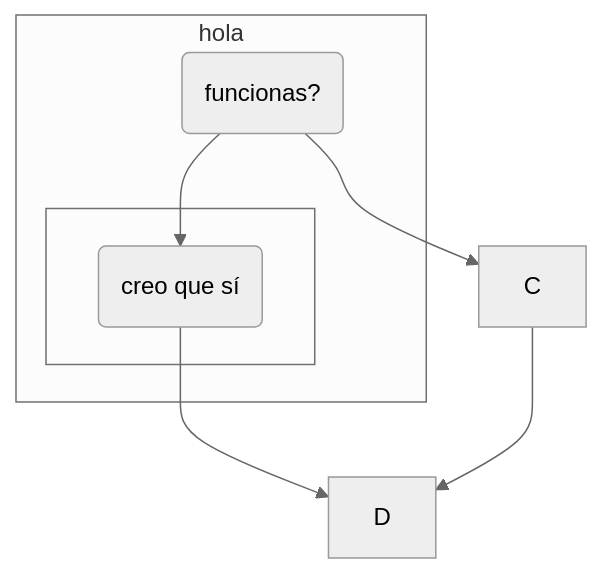
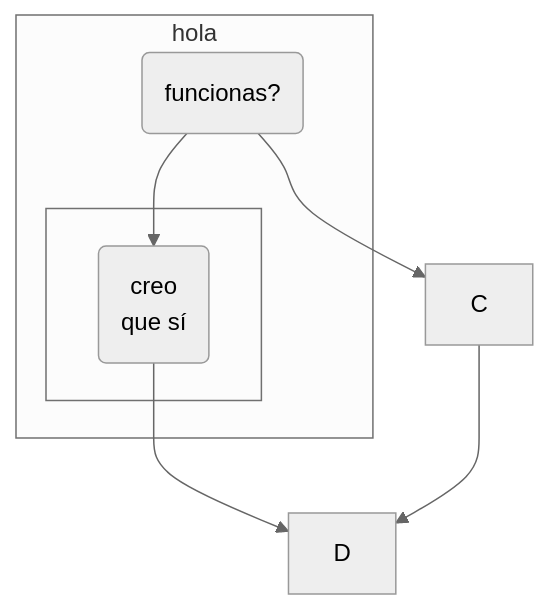
Before and after one commit to MiguelEstebanG/diagram: the diagram in README.md, drawn with Mermaid (neutral theme).

````diff
--- a/README.md
+++ b/README.md
@@ -3,19 +3,23 @@
 ```mermaid
 
 graph TD;
 
     A-->B;
     A-->C;
     B-->D;
     C-->D;
 
+    %%hola buenos días
     subgraph T[hola]
         A(funcionas?)
+
         subgraph G[ ]
-            B(creo que sí)
+            B(creo
+            que sí)
         end
+
     end
 
     linkStyle default stroke-width: 1px;
 
 ```
````
